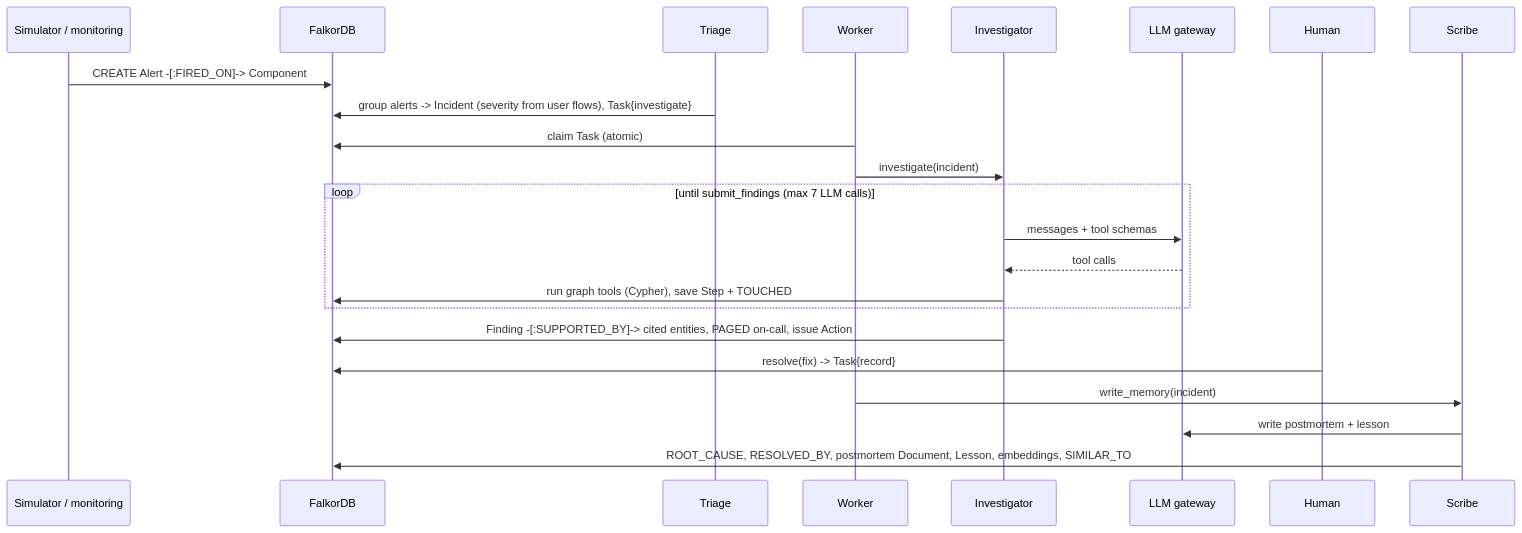
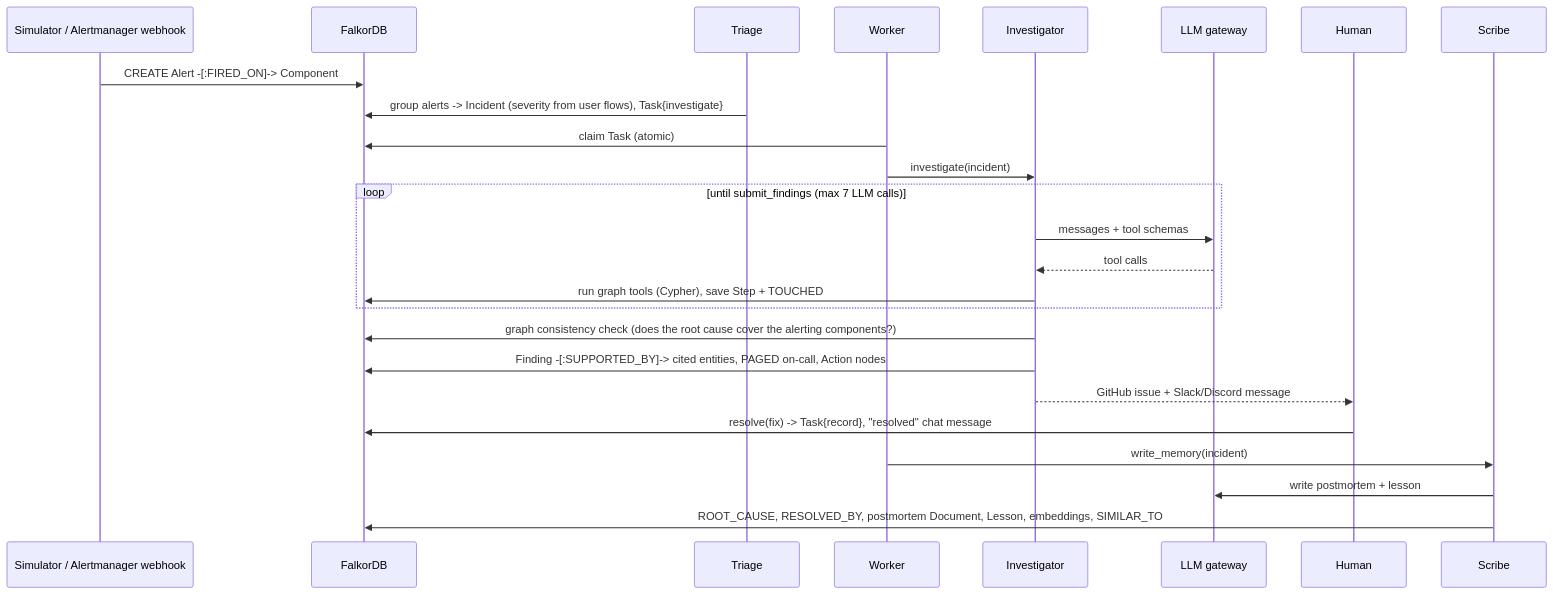
Before and after one commit to AgentAhmed/blast-radius: the diagram in docs/ARCHITECTURE.md, drawn with Mermaid. The commit also changed other lines of this file and 4 other files, not shown here.

````diff
--- a/docs/ARCHITECTURE.md
+++ b/docs/ARCHITECTURE.md
@@ -21,26 +23,28 @@
 ```mermaid
 sequenceDiagram
-  participant Sim as Simulator / monitoring
+  participant Sim as Simulator / Alertmanager webhook
   participant G as FalkorDB
   participant T as Triage
   participant W as Worker
   participant I as Investigator
   participant L as LLM gateway
   participant H as Human
   participant S as Scribe
 
   Sim->>G: CREATE Alert -[:FIRED_ON]-> Component
   T->>G: group alerts -> Incident (severity from user flows), Task{investigate}
   W->>G: claim Task (atomic)
   W->>I: investigate(incident)
   loop until submit_findings (max 7 LLM calls)
     I->>L: messages + tool schemas
     L-->>I: tool calls
     I->>G: run graph tools (Cypher), save Step + TOUCHED
   end
-  I->>G: Finding -[:SUPPORTED_BY]-> cited entities, PAGED on-call, issue Action
-  H->>G: resolve(fix) -> Task{record}
+  I->>G: graph consistency check (does the root cause cover the alerting components?)
+  I->>G: Finding -[:SUPPORTED_BY]-> cited entities, PAGED on-call, Action nodes
+  I-->>H: GitHub issue + Slack/Discord message
+  H->>G: resolve(fix) -> Task{record}, "resolved" chat message
   W->>S: write_memory(incident)
   S->>L: write postmortem + lesson
   S->>G: ROOT_CAUSE, RESOLVED_BY, postmortem Document, Lesson, embeddings, SIMILAR_TO
 ```
````
